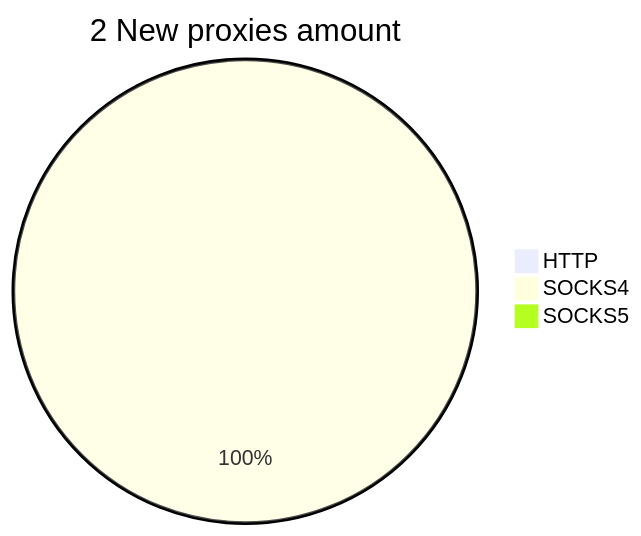
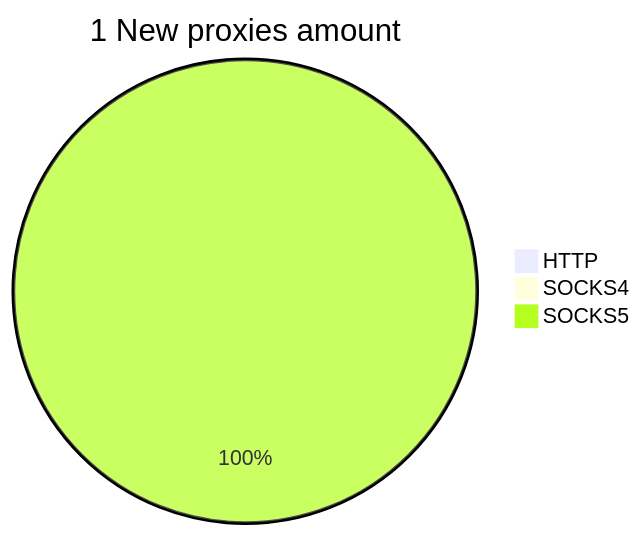
One commit to cutipu/proxylist changed the second of 2 diagrams in README.md. Above: the diagram before and after it, drawn with Mermaid. The commit also changed other lines of this file, not shown here.

````diff
--- a/README.md
+++ b/README.md
@@ -10,6 +10,6 @@
 ```mermaid
-pie title 2 New proxies amount
+pie title 1 New proxies amount
     "HTTP" : 0
-    "SOCKS4" : 2
-    "SOCKS5" : 0
+    "SOCKS4" : 0
+    "SOCKS5" : 2
 ```
````
